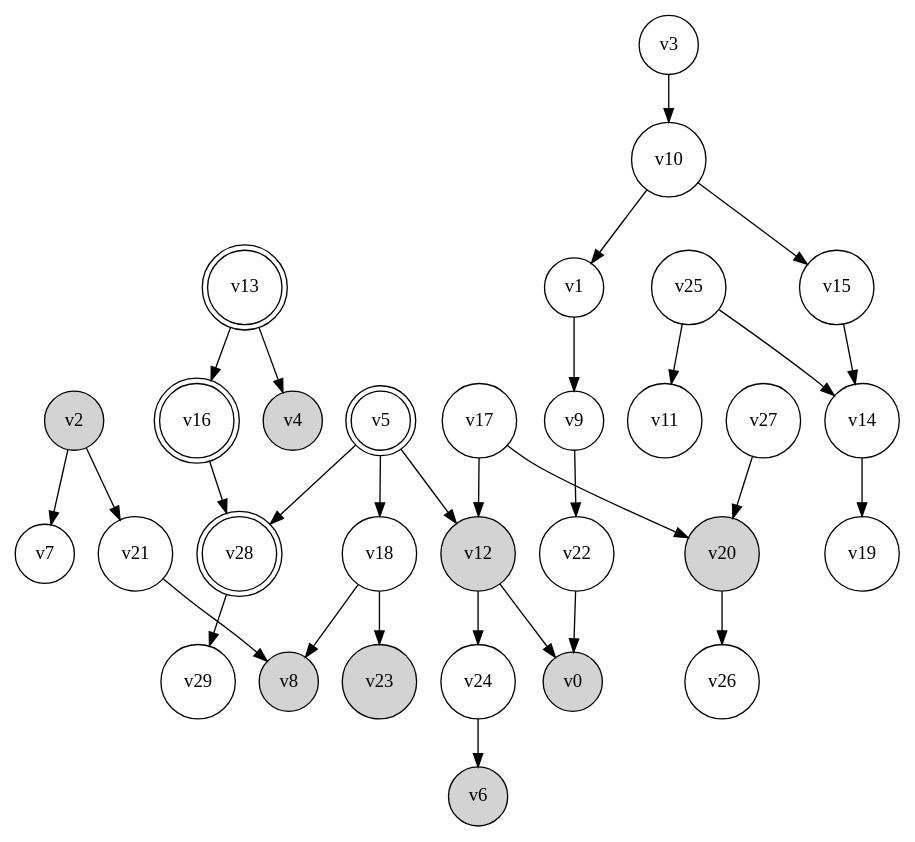
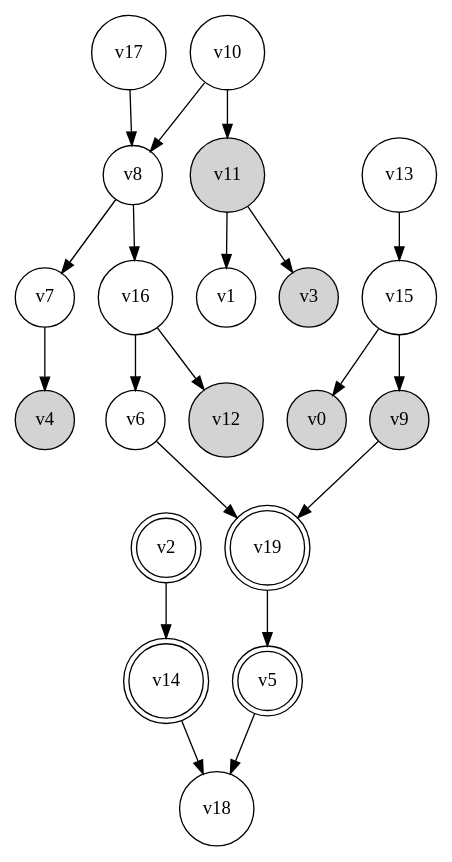
One commit to arthurhaiying/TestingBayesianNetwork changed the diagram in polytree_query_4.gv. Above: the diagram before and after it, drawn with Graphviz. The commit also changed 116 other files, not shown here.

```diff
--- a/polytree_query_4.gv
+++ b/polytree_query_4.gv
@@ -1,62 +1,42 @@
 digraph {
 	rankdir=TD
 	v0 [shape=circle style=filled]
 	v1 [shape=circle]
-	v2 [shape=circle style=filled]
-	v3 [shape=circle]
+	v2 [shape=doublecircle]
+	v3 [shape=circle style=filled]
 	v4 [shape=circle style=filled]
 	v5 [shape=doublecircle]
-	v6 [shape=circle style=filled]
+	v6 [shape=circle]
 	v7 [shape=circle]
-	v8 [shape=circle style=filled]
-	v9 [shape=circle]
+	v8 [shape=circle]
+	v9 [shape=circle style=filled]
 	v10 [shape=circle]
-	v11 [shape=circle]
+	v11 [shape=circle style=filled]
 	v12 [shape=circle style=filled]
-	v13 [shape=doublecircle]
-	v14 [shape=circle]
+	v13 [shape=circle]
+	v14 [shape=doublecircle]
 	v15 [shape=circle]
-	v16 [shape=doublecircle]
+	v16 [shape=circle]
 	v17 [shape=circle]
 	v18 [shape=circle]
-	v19 [shape=circle]
-	v20 [shape=circle style=filled]
-	v21 [shape=circle]
-	v22 [shape=circle]
-	v23 [shape=circle style=filled]
-	v24 [shape=circle]
-	v25 [shape=circle]
-	v26 [shape=circle]
-	v27 [shape=circle]
-	v28 [shape=doublecircle]
-	v29 [shape=circle]
-	v1 -> v9
-	v2 -> v21
-	v2 -> v7
-	v3 -> v10
-	v5 -> v28
+	v19 [shape=doublecircle]
+	v2 -> v14
 	v5 -> v18
-	v5 -> v12
-	v9 -> v22
-	v10 -> v1
-	v10 -> v15
-	v12 -> v24
-	v12 -> v0
-	v13 -> v4
-	v13 -> v16
-	v14 -> v19
-	v15 -> v14
-	v16 -> v28
-	v17 -> v12
-	v17 -> v20
-	v18 -> v8
-	v18 -> v23
-	v20 -> v26
-	v21 -> v8
-	v22 -> v0
-	v24 -> v6
-	v25 -> v14
-	v25 -> v11
-	v27 -> v20
-	v28 -> v29
+	v6 -> v19
+	v7 -> v4
+	v8 -> v7
+	v8 -> v16
+	v9 -> v19
+	v10 -> v8
+	v10 -> v11
+	v11 -> v1
+	v11 -> v3
+	v13 -> v15
+	v14 -> v18
+	v15 -> v0
+	v15 -> v9
+	v16 -> v12
+	v16 -> v6
+	v17 -> v8
+	v19 -> v5
 }
```
